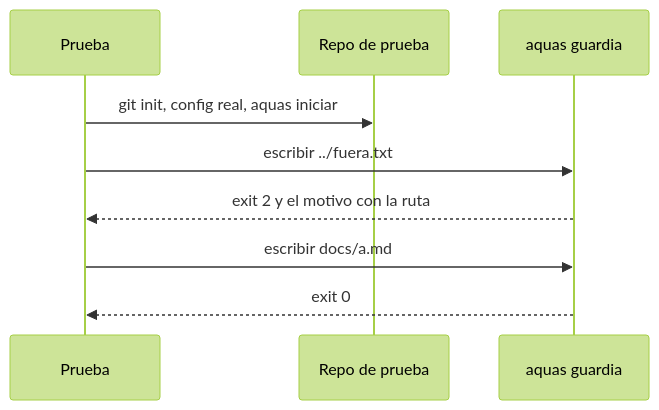
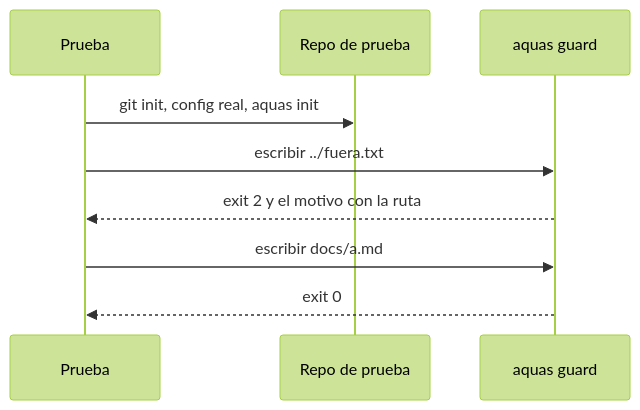
The diagram in docs/E000/F005/S004.md (jliberal-aquas/aquas-central-harness-government), drawn with Mermaid (forest theme) before and after one commit. The commit also changed other lines of this file and 184 other files, not shown here.

````diff
--- a/docs/E000/F005/S004.md
+++ b/docs/E000/F005/S004.md
@@ -46,11 +46,11 @@
 ```mermaid
 sequenceDiagram
     participant P as Prueba
     participant R as Repo de prueba
-    participant A as aquas guardia
-    P->>R: git init, config real, aquas iniciar
+    participant A as aquas guard
+    P->>R: git init, config real, aquas init
     P->>A: escribir ../fuera.txt
     A-->>P: exit 2 y el motivo con la ruta
     P->>A: escribir docs/a.md
     A-->>P: exit 0
 ```
````
